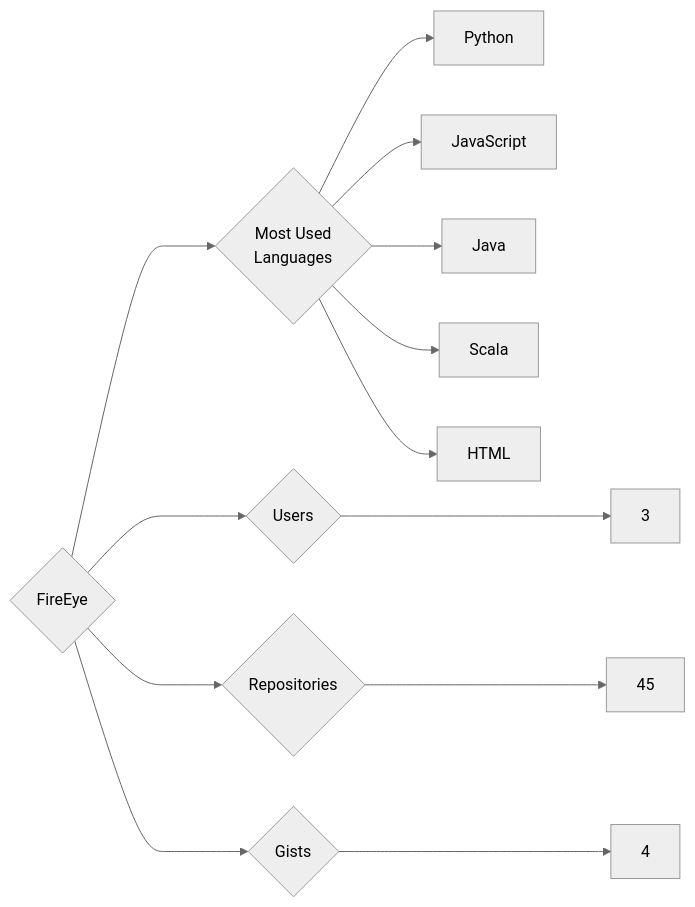
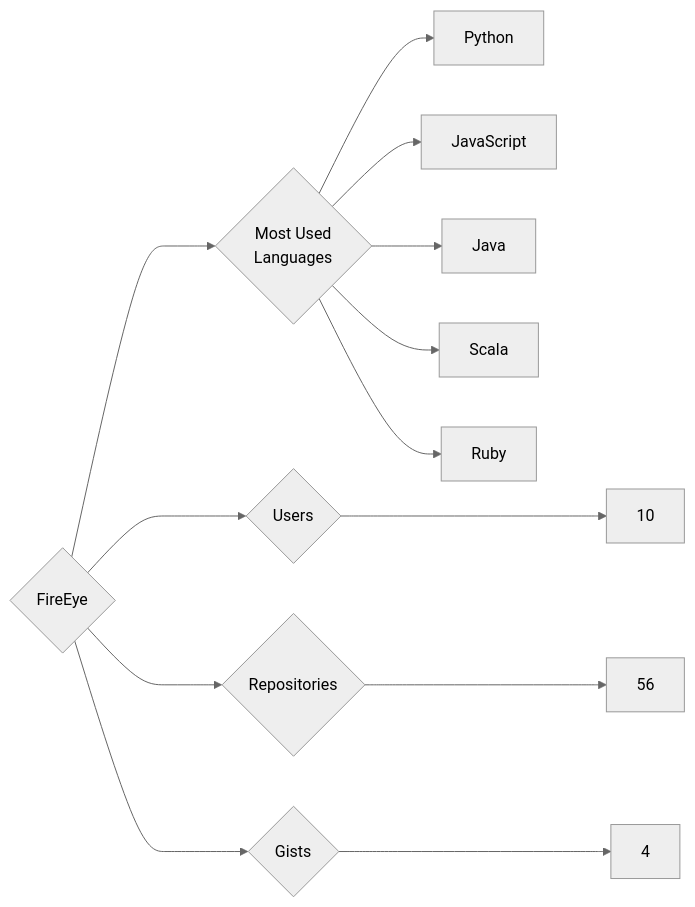
The diagram in targets/FireEye/README.md (trickest/insiders), drawn with Mermaid (neutral theme) before and after one commit. The commit also changed 1149 other files, not shown here.

````diff
--- a/targets/FireEye/README.md
+++ b/targets/FireEye/README.md
@@ -3,13 +3,13 @@
 ```mermaid
 graph LR
 COMPANY_NAME{FireEye}
-COMPANY_NAME ---> U{Users} ---> UN[3]
-COMPANY_NAME ---> R{Repositories} ---> RN[45]
+COMPANY_NAME ---> U{Users} ---> UN[10]
+COMPANY_NAME ---> R{Repositories} ---> RN[56]
 COMPANY_NAME ---> G{Gists} ---> GN[4]
 COMPANY_NAME ---> ML{Most Used<br>Languages}
 ML --> Python[Python]
 ML --> JavaScript[JavaScript]
 ML --> Java[Java]
 ML --> Scala[Scala]
-ML --> HTML[HTML]
+ML --> Ruby[Ruby]
 ```
````
